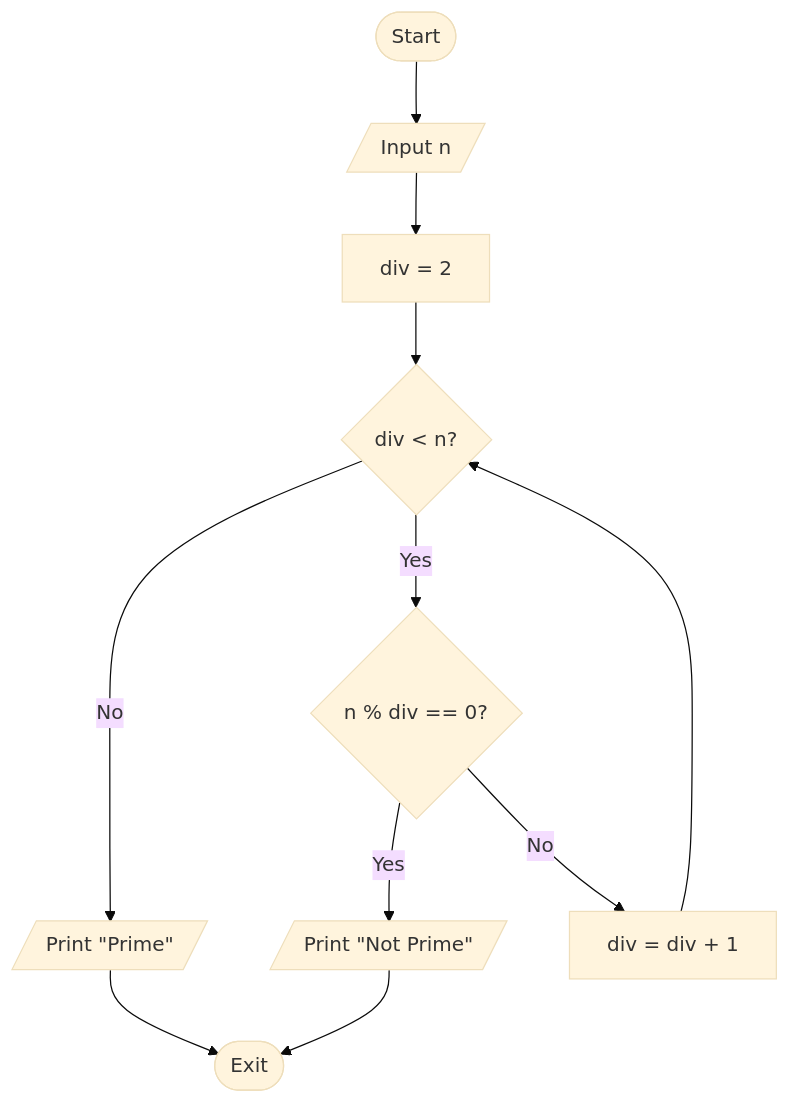
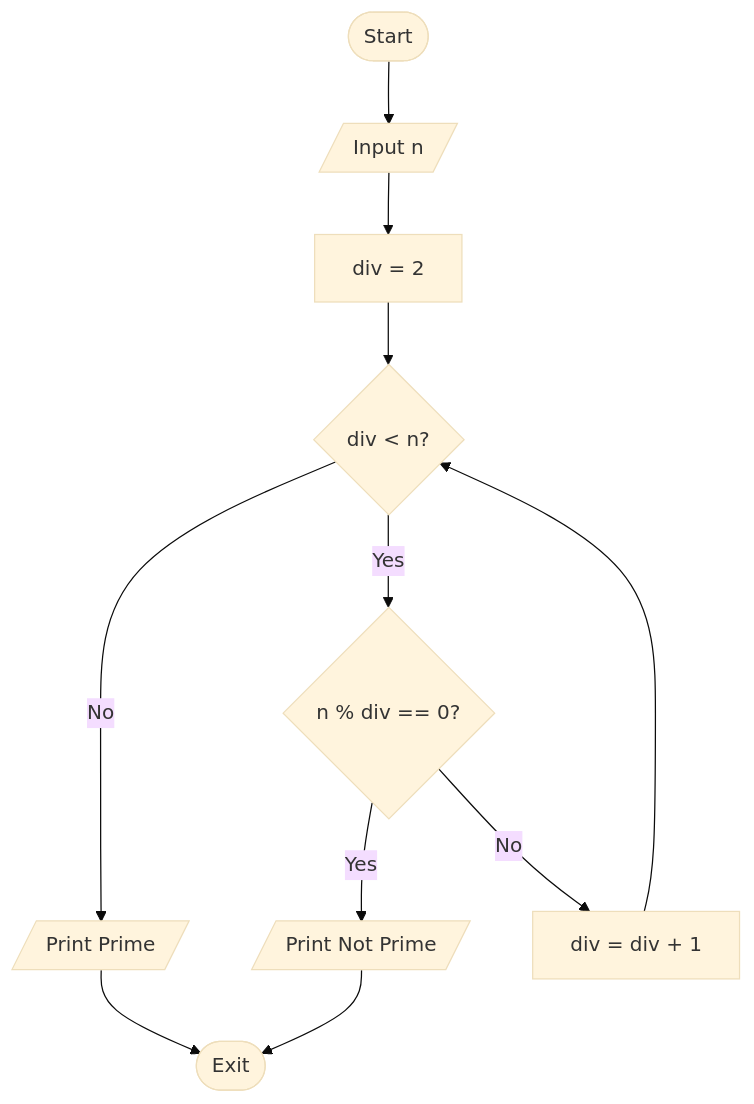
The fourth of 6 diagrams in FlowCharts/FLOWCHART.md (shainsethi/dsa-java), drawn with Mermaid (base theme) before and after one commit. The commit also changed other lines of this file and 1 other file, not shown here.

Commit message:
fix: exhaustively quote all mermaid labels with special characters

````diff
--- a/FlowCharts/FLOWCHART.md
+++ b/FlowCharts/FLOWCHART.md
@@ -151,17 +151,17 @@
 ```mermaid
 flowchart TD
-    Start([Start]) --> Input[/Input n/]
-    Input --> Init[div = 2]
-    Init --> LoopCheck{div < n?}
+    Start([Start]) --> Input[/"Input n"/]
+    Input --> Init["div = 2"]
+    Init --> LoopCheck{"div < n?"}
     
-    LoopCheck -- Yes --> DivCheck{n % div == 0?}
-    LoopCheck -- No --> PrintPrime[/Print "Prime"/]
+    LoopCheck -- Yes --> DivCheck{"n % div == 0?"}
+    LoopCheck -- No --> PrintPrime[/"Print Prime"/]
     
-    DivCheck -- Yes --> PrintNotPrime[/Print "Not Prime"/]
-    DivCheck -- No --> Increment[div = div + 1]
+    DivCheck -- Yes --> PrintNotPrime[/"Print Not Prime"/]
+    DivCheck -- No --> Increment["div = div + 1"]
     
     Increment --> LoopCheck
     
     PrintPrime --> End([Exit])
     PrintNotPrime --> End
 ```
````
